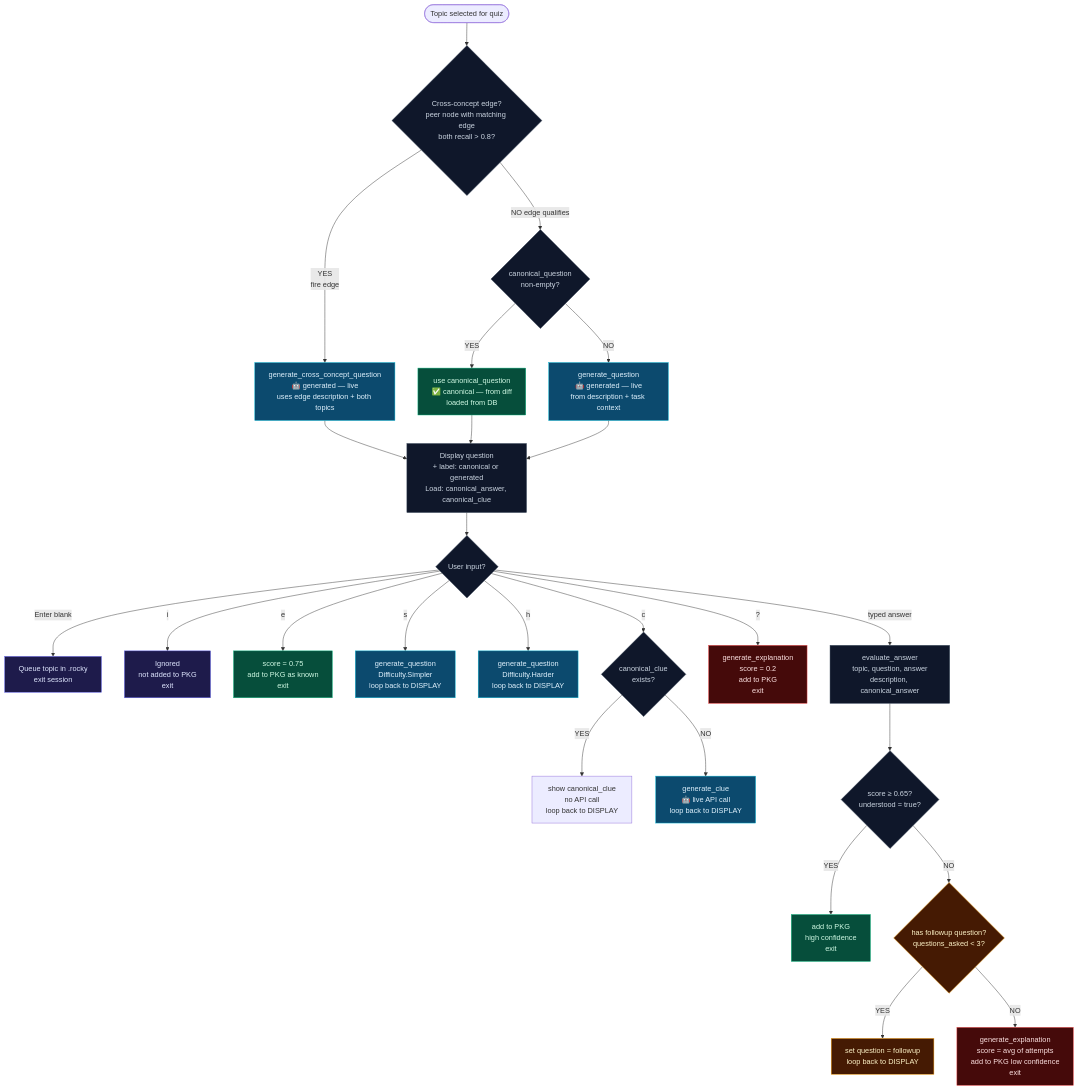
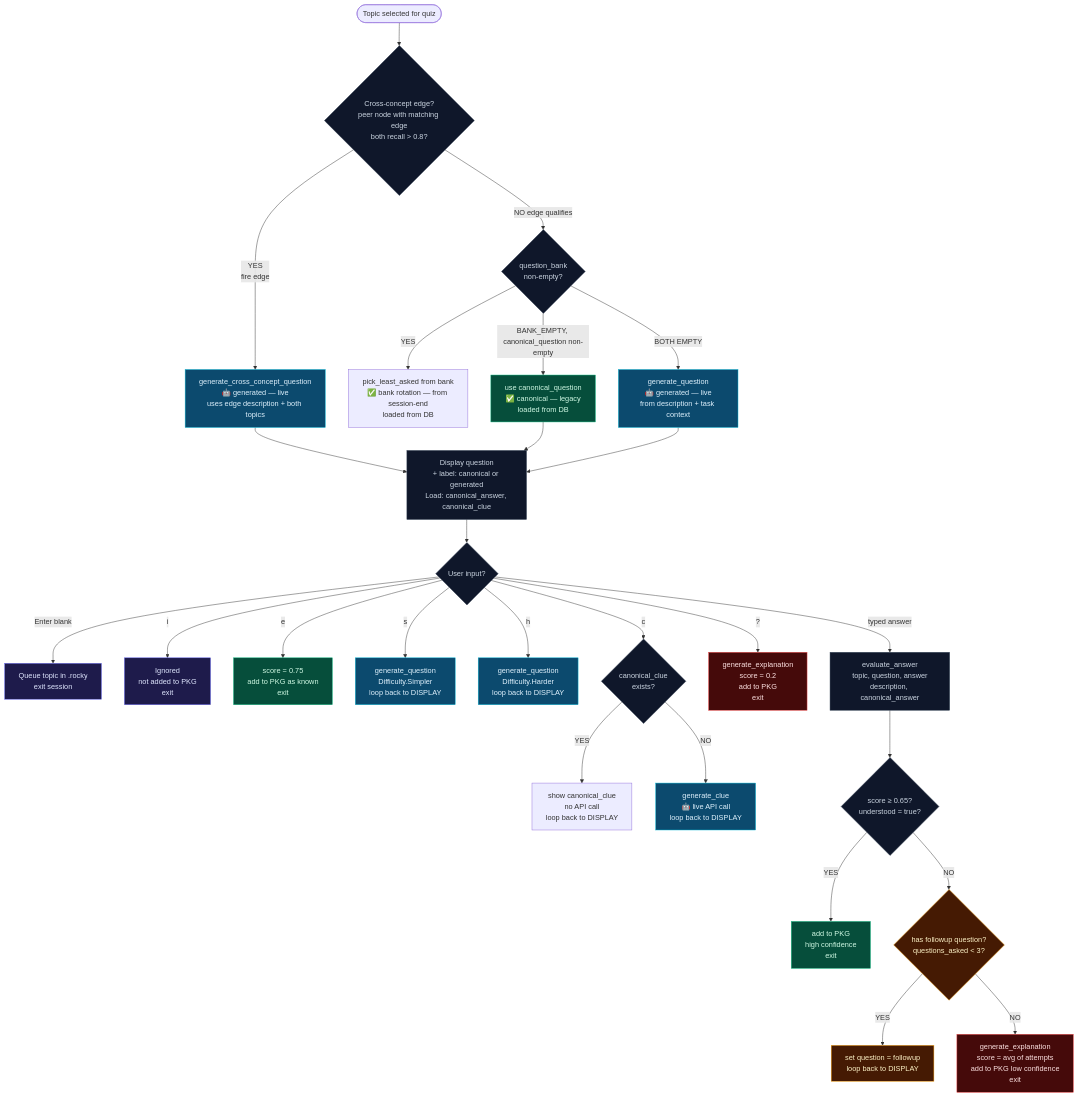
The diagram in study/03_quiz_flow.md (NVME-git/rocky), drawn with Mermaid before and after one commit. The commit also changed other lines of this file and 15 other files, not shown here.

First line of the commit message:
docs(study): update all study diagrams for rich-context, Rocky IQ, and voice

````diff
--- a/study/03_quiz_flow.md
+++ b/study/03_quiz_flow.md
@@ -5,62 +5,63 @@
 ```mermaid
 flowchart TD
     START([Topic selected for quiz])
 
     START --> CC_CHECK
 
     CC_CHECK{Cross-concept edge?\npeer node with matching edge\nboth recall > 0.8?}
 
     CC_CHECK -- YES\nfire edge --> CC_Q[generate_cross_concept_question\n🤖 generated — live\nuses edge description + both topics]
     CC_CHECK -- NO edge qualifies --> CAN_CHECK
 
-    CAN_CHECK{canonical_question\nnon-empty?}
-    CAN_CHECK -- YES --> CAN_Q[use canonical_question\n✅ canonical — from diff\nloaded from DB]
-    CAN_CHECK -- NO --> GEN_Q[generate_question\n🤖 generated — live\nfrom description + task context]
+    CAN_CHECK{question_bank\nnon-empty?}
+    CAN_CHECK -- YES --> BANK_Q[pick_least_asked from bank\n✅ bank rotation — from session-end\nloaded from DB]
+    CAN_CHECK -- BANK_EMPTY, canonical_question non-empty --> CAN_Q[use canonical_question\n✅ canonical — legacy\nloaded from DB]
+    CAN_CHECK -- BOTH EMPTY --> GEN_Q[generate_question\n🤖 generated — live\nfrom description + task context]
 
     CC_Q  --> DISPLAY
     CAN_Q --> DISPLAY
     GEN_Q --> DISPLAY
 
     DISPLAY[Display question\n+ label: canonical or generated\nLoad: canonical_answer, canonical_clue]
 
     DISPLAY --> OPTS
 
     OPTS{User input?}
 
     OPTS -- Enter blank --> SKIP[Queue topic in .rocky\nexit session]
     OPTS -- i --> IGNORE[Ignored\nnot added to PKG\nexit]
     OPTS -- e --> EASY[score = 0.75\nadd to PKG as known\nexit]
     OPTS -- s --> SIMPLER[generate_question\nDifficulty.Simpler\nloop back to DISPLAY]
     OPTS -- h --> HARDER[generate_question\nDifficulty.Harder\nloop back to DISPLAY]
     OPTS -- c --> CLUE{canonical_clue\nexists?}
     CLUE -- YES --> SHOW_CLUE[show canonical_clue\nno API call\nloop back to DISPLAY]
     CLUE -- NO --> GEN_CLUE[generate_clue\n🤖 live API call\nloop back to DISPLAY]
     OPTS -- ? --> EXPLAIN_NOW[generate_explanation\nscore = 0.2\nadd to PKG\nexit]
     OPTS -- typed answer --> EVAL
 
     EVAL[evaluate_answer\ntopic, question, answer\ndescription, canonical_answer]
 
     EVAL --> SCORE_CHECK
 
     SCORE_CHECK{score ≥ 0.65?\nunderstood = true?}
     SCORE_CHECK -- YES --> ADD_KNOWN[add to PKG\nhigh confidence\nexit]
     SCORE_CHECK -- NO --> FOLLOWUP_CHECK
 
     FOLLOWUP_CHECK{has followup question?\nquestions_asked < 3?}
     FOLLOWUP_CHECK -- YES --> FOLLOWUP[set question = followup\nloop back to DISPLAY]
     FOLLOWUP_CHECK -- NO --> EXHAUST[generate_explanation\nscore = avg of attempts\nadd to PKG low confidence\nexit]
 
     classDef known    fill:#064e3b,stroke:#10b981,color:#d1fae5
     classDef fading   fill:#451a03,stroke:#f59e0b,color:#fef3c7
     classDef gap      fill:#450a0a,stroke:#ef4444,color:#fee2e2
     classDef ai       fill:#0c4a6e,stroke:#06b6d4,color:#e0f2fe
     classDef terminal fill:#1e1b4b,stroke:#6366f1,color:#e0e7ff
     classDef proc     fill:#0f172a,stroke:#334155,color:#cbd5e1
 
     class ADD_KNOWN,EASY,CAN_Q known
     class FOLLOWUP,FOLLOWUP_CHECK fading
     class EXHAUST,EXPLAIN_NOW gap
     class CC_Q,GEN_Q,GEN_CLUE,SIMPLER,HARDER ai
     class SKIP,IGNORE terminal
     class EVAL,DISPLAY,OPTS,SCORE_CHECK,CC_CHECK,CAN_CHECK,CLUE proc
 ```
````
